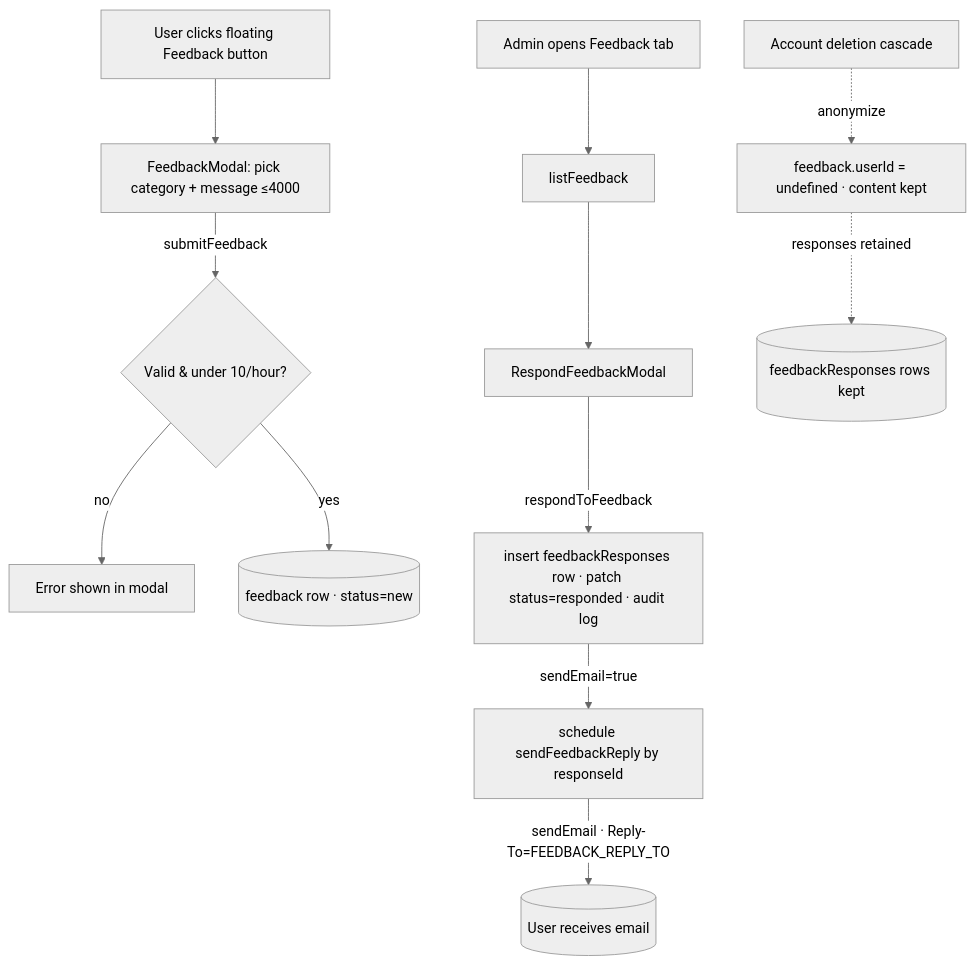
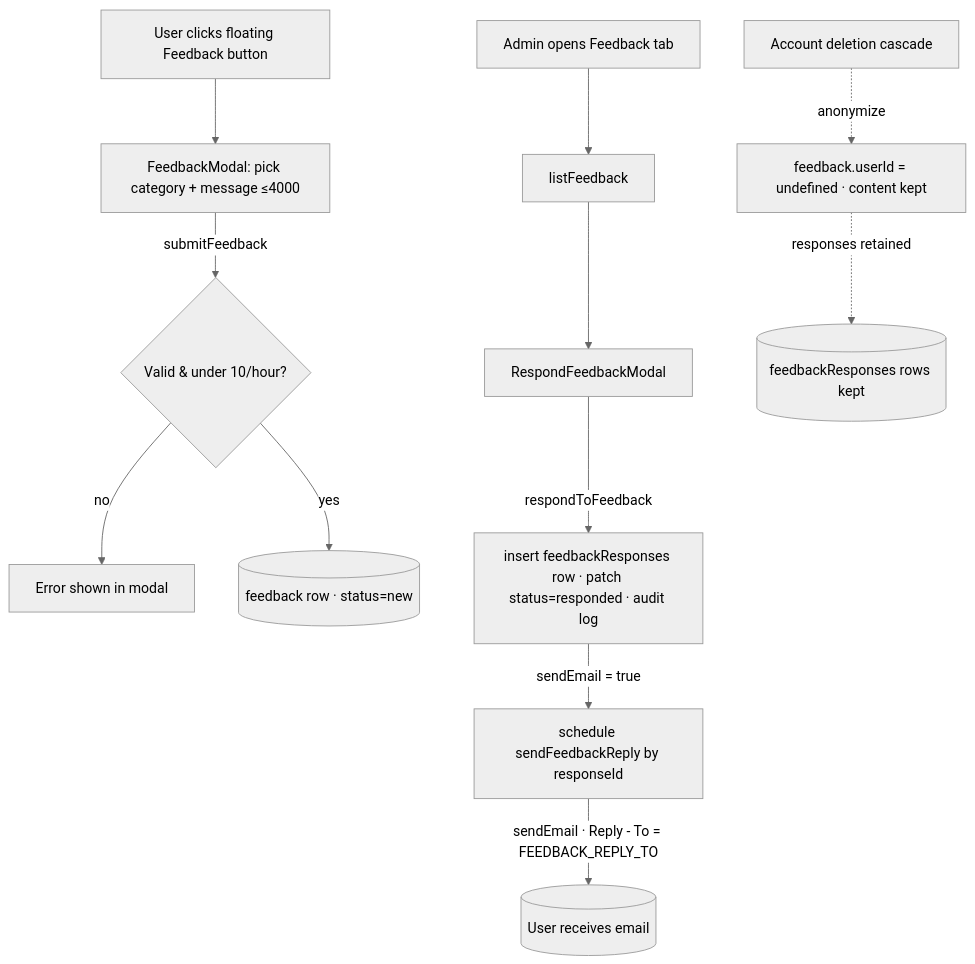
Diagram 14 of 21 in docs/PLATFORM.md (henriko202/glowing-octo-guide), drawn with Mermaid (neutral theme) before and after one commit. The commit also changed other lines of this file and 17 other files, not shown here.

````diff
--- a/docs/PLATFORM.md
+++ b/docs/PLATFORM.md
@@ -1606,14 +1674,14 @@
 ```mermaid
 flowchart TD
-  U[User clicks floating Feedback button] --> M[FeedbackModal: pick category + message ≤4000]
-  M -->|submitFeedback| V{Valid & under 10/hour?}
-  V -->|no| E[Error shown in modal]
-  V -->|yes| DB[(feedback row · status=new)]
-  A[Admin opens Feedback tab] --> L[listFeedback]
-  L --> R[RespondFeedbackModal]
-  R -->|respondToFeedback| P[insert feedbackResponses row · patch status=responded · audit log]
-  P -->|sendEmail=true| S[schedule sendFeedbackReply by responseId]
-  S -->|sendEmail · Reply-To=FEEDBACK_REPLY_TO| MAIL[(User receives email)]
-  DEL[Account deletion cascade] -.anonymize.-> DB2[feedback.userId = undefined · content kept]
-  DB2 -.responses retained.-> FR[(feedbackResponses rows kept)]
+    U[User clicks floating Feedback button] --> M[FeedbackModal: pick category + message ≤4000]
+M -->|submitFeedback|V{Valid & under 10/hour?}
+V -->|no|E[Error shown in modal]
+V -->|yes|DB[(feedback row · status=new)]
+A[Admin opens Feedback tab] --> L[listFeedback]
+L --> R[RespondFeedbackModal]
+R -->|respondToFeedback|P[insert feedbackResponses row · patch status=responded · audit log]
+P -->|sendEmail = true|S[schedule sendFeedbackReply by responseId]
+S -->|sendEmail · Reply - To = FEEDBACK_REPLY_TO|MAIL[(User receives email)]
+DEL[Account deletion cascade] -.anonymize .-> DB2[feedback.userId = undefined · content kept]
+DB2 -. responses retained .-> FR[(feedbackResponses rows kept)]
 ```
````
